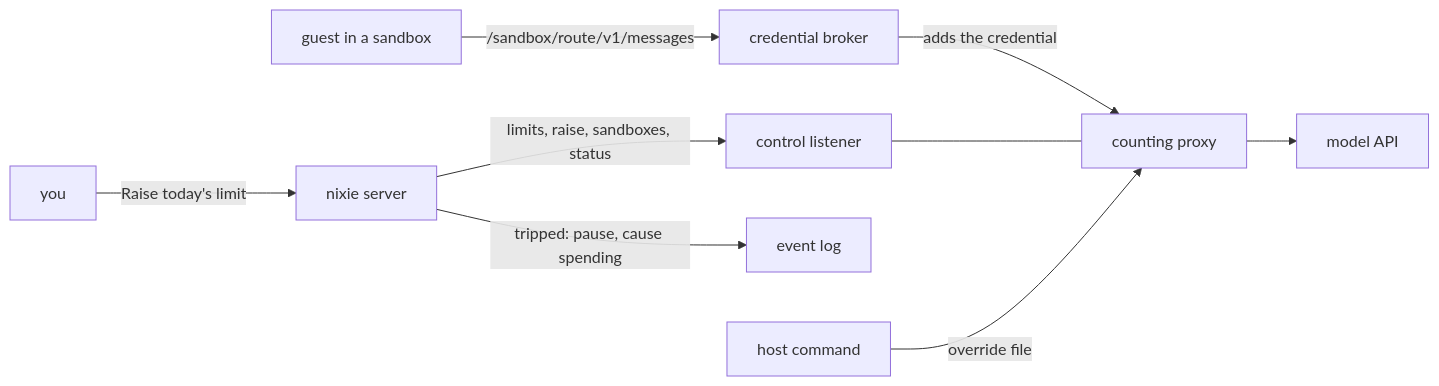
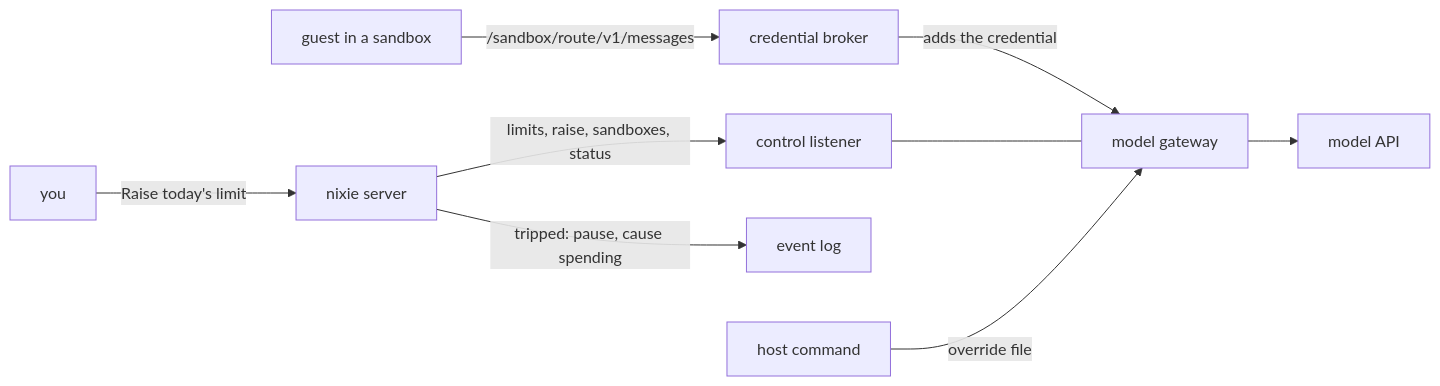
One commit to zgeoff/nixie changed the diagram in docs/design/queue/budgets-and-hard-stop.md. Above: the diagram before and after it, drawn with Mermaid. The commit also changed other lines of this file and 95 other files, not shown here.

````diff
--- a/docs/design/queue/budgets-and-hard-stop.md
+++ b/docs/design/queue/budgets-and-hard-stop.md
@@ -44,11 +44,11 @@
 ```mermaid
 flowchart LR
   guest[guest in a sandbox] -->|"/sandbox/route/v1/messages"| broker[credential broker]
-  broker -->|"adds the credential"| proxy[counting proxy]
-  proxy --> api[model API]
+  broker -->|"adds the credential"| gateway[model gateway]
+  gateway --> api[model API]
   server[nixie server] -->|"limits, raise, sandboxes, status"| control[control listener]
-  control --- proxy
+  control --- gateway
   server -->|"tripped: pause, cause spending"| log[event log]
   you[you] -->|"Raise today's limit"| server
-  host[host command] -->|"override file"| proxy
+  host[host command] -->|"override file"| gateway
 ```
````
